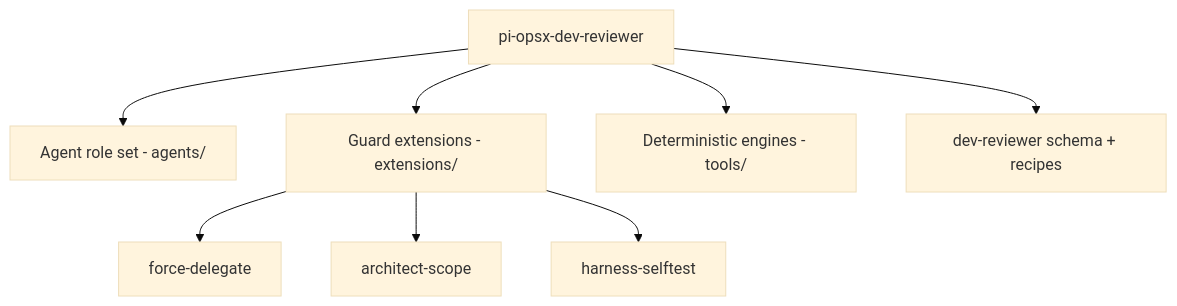
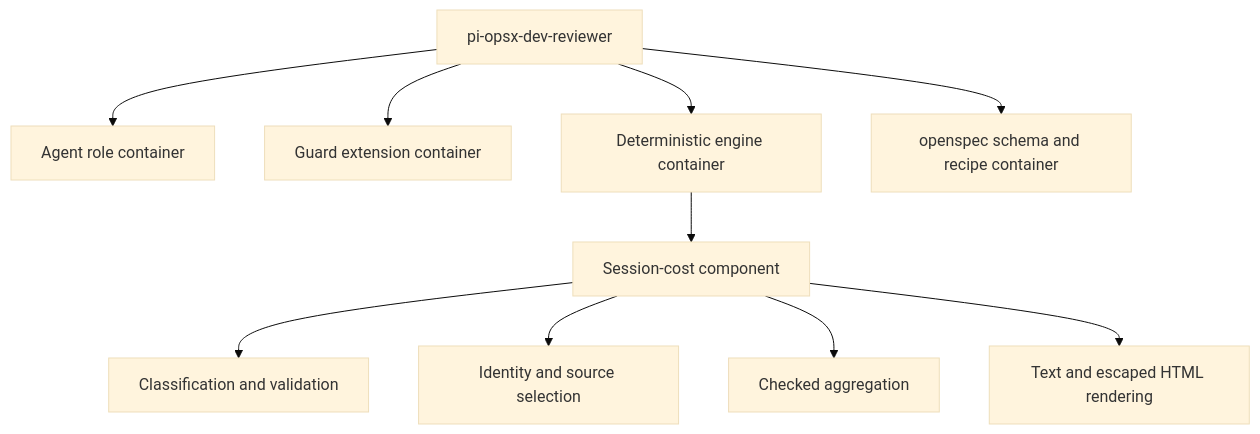
The first of 2 diagrams in docs/architecture/05-building-block-view.md (sjramblings/pi-opsx-dev-reviewer), drawn with Mermaid (base theme) before and after one commit. The commit also changed other lines of this file and 348 other files, not shown here.

````diff
--- a/docs/architecture/05-building-block-view.md
+++ b/docs/architecture/05-building-block-view.md
@@ -57,11 +37,13 @@
 ```mermaid
 flowchart TD
   kit[pi-opsx-dev-reviewer]
-  kit --> agents[Agent role set - agents/]
-  kit --> ext[Guard extensions - extensions/]
-  kit --> tools[Deterministic engines - tools/]
-  kit --> schema[dev-reviewer schema + recipes]
-  ext --> fd[force-delegate]
-  ext --> as[architect-scope]
-  ext --> hs[harness-selftest]
+  kit --> agents[Agent role container]
+  kit --> guards[Guard extension container]
+  kit --> engines[Deterministic engine container]
+  kit --> workflow[openspec schema and recipe container]
+  engines --> sessionCost[Session-cost component]
+  sessionCost --> classify[Classification and validation]
+  sessionCost --> select[Identity and source selection]
+  sessionCost --> aggregate[Checked aggregation]
+  sessionCost --> render[Text and escaped HTML rendering]
 ```
````
